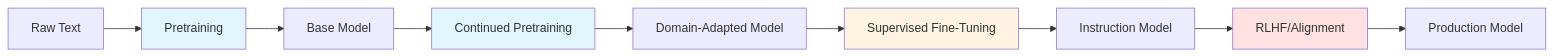
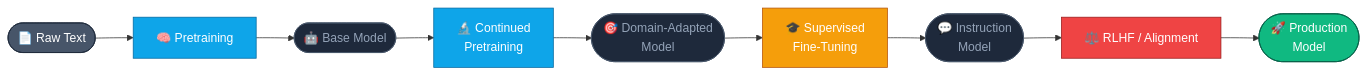
One commit to tripplen23/finetuning-sessions changed the first of 7 diagrams in week1/CONTEXT.md. Above: the diagram before and after it, drawn with Mermaid. The commit also changed other lines of this file and 1 other file, not shown here.

Commit message:
update mermaid

````diff
--- a/week1/CONTEXT.md
+++ b/week1/CONTEXT.md
@@ -11,16 +11,21 @@
 ```mermaid
 graph LR
-    A[Raw Text] --> B[Pretraining]
-    B --> C[Base Model]
-    C --> D[Continued Pretraining]
-    D --> E[Domain-Adapted Model]
-    E --> F[Supervised Fine-Tuning]
-    F --> G[Instruction Model]
-    G --> H[RLHF/Alignment]
-    H --> I[Production Model]
-    
-    style B fill:#e1f5ff
-    style D fill:#e1f5ff
-    style F fill:#fff4e1
-    style H fill:#ffe1e1
+    A(["📄 Raw Text"]):::data
+    B["🧠 Pretraining"]:::pretrain
+    C(["🤖 Base Model"]):::model
+    D["🔬 Continued<br/>Pretraining"]:::pretrain
+    E(["🎯 Domain-Adapted<br/>Model"]):::model
+    F["🎓 Supervised<br/>Fine-Tuning"]:::sft
+    G(["💬 Instruction<br/>Model"]):::model
+    H["⚖️ RLHF / Alignment"]:::rl
+    I(["🚀 Production<br/>Model"]):::prod
+
+    A --> B --> C --> D --> E --> F --> G --> H --> I
+
+    classDef data     fill:#475569,stroke:#1E293B,color:#fff
+    classDef pretrain fill:#0EA5E9,stroke:#0369A1,color:#fff
+    classDef model    fill:#1E293B,stroke:#475569,color:#94A3B8
+    classDef sft      fill:#F59E0B,stroke:#B45309,color:#fff
+    classDef rl       fill:#EF4444,stroke:#991B1B,color:#fff
+    classDef prod     fill:#10B981,stroke:#065F46,color:#fff
 ```
````
